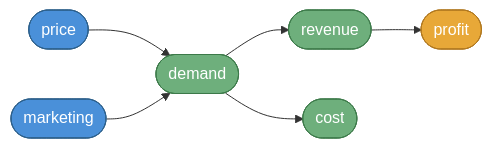
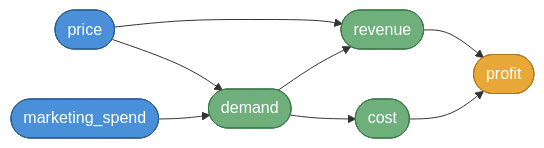
One commit to gmateosAWS/decision-intelligence-agent changed the third of 3 diagrams in README.md. Above: the diagram before and after it, drawn with Mermaid. The commit also changed other lines of this file and 11 other files, not shown here.

````diff
--- a/README.md
+++ b/README.md
@@ -171,23 +182,25 @@
 ```mermaid
 flowchart LR
     price([price])
-    marketing([marketing])
+    marketing([marketing_spend])
     demand([demand])
     revenue([revenue])
     cost([cost])
     profit([profit])
 
     price --> demand
     marketing --> demand
+    price --> revenue
     demand --> revenue
     demand --> cost
     revenue --> profit
+    cost --> profit
 
-    classDef decision    fill:#4A90D9,stroke:#2C5F8A,color:#fff
-    classDef variable    fill:#6EAF7C,stroke:#3D7A4A,color:#fff
-    classDef target      fill:#E8A838,stroke:#B07820,color:#fff
+    classDef decision fill:#4A90D9,stroke:#2C5F8A,color:#fff
+    classDef variable fill:#6EAF7C,stroke:#3D7A4A,color:#fff
+    classDef target   fill:#E8A838,stroke:#B07820,color:#fff
 
     class price,marketing decision
     class demand,revenue,cost variable
     class profit target
 ```
````
